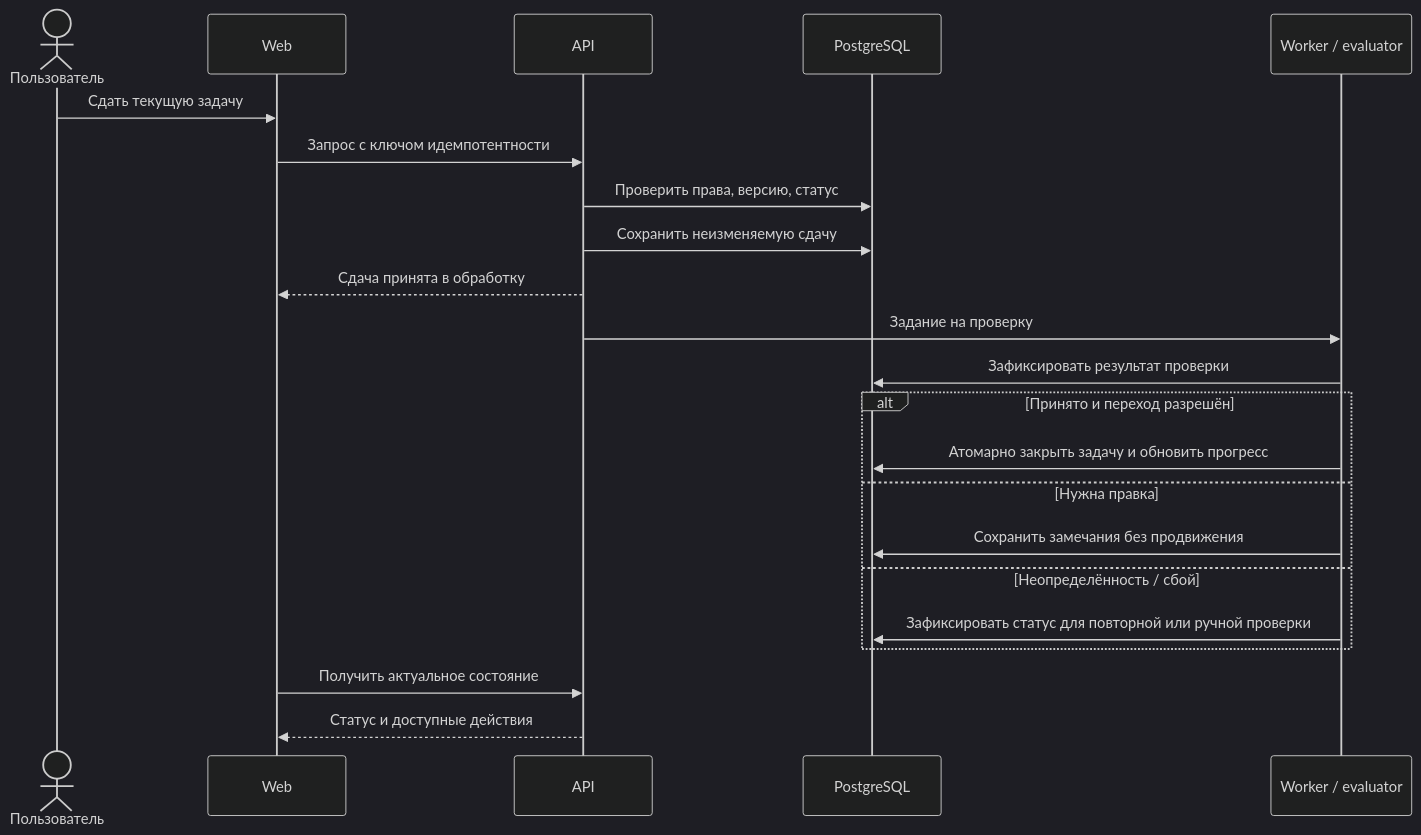
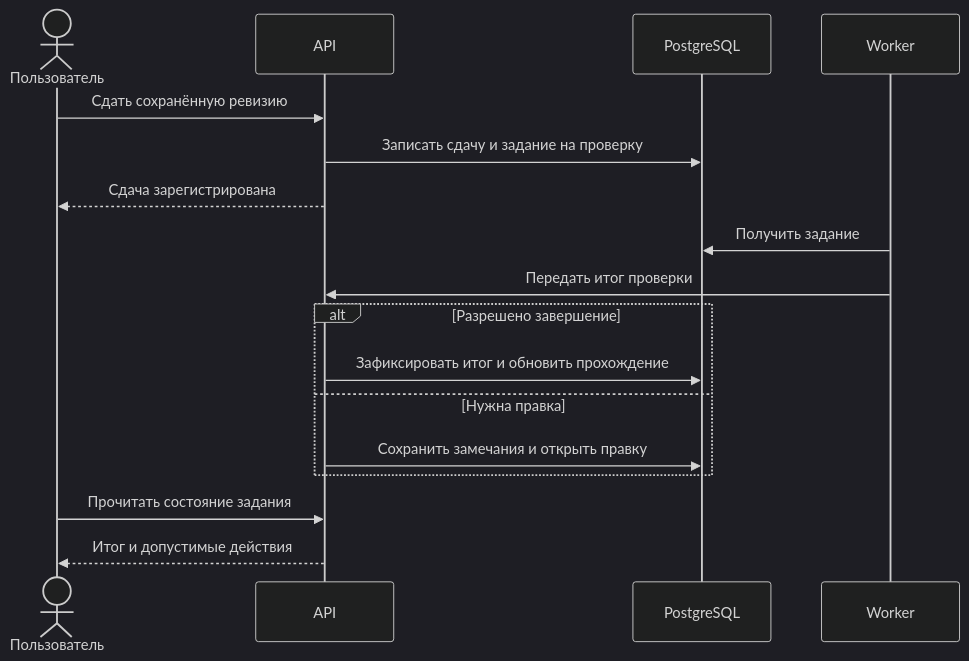
The second of 2 diagrams in docs/03-system-design.md (suungenius/PROBA-Portfolio), drawn with Mermaid (dark theme) before and after one commit. The commit also changed other lines of this file and 10 other files, not shown here.

````diff
--- a/docs/03-system-design.md
+++ b/docs/03-system-design.md
@@ -24,24 +33,19 @@
 ```mermaid
 sequenceDiagram
-    actor User as Пользователь
-    participant Web as Web
-    participant API as API
-    participant DB as PostgreSQL
-    participant Worker as Worker / evaluator
-    User->>Web: Сдать текущую задачу
-    Web->>API: Запрос с ключом идемпотентности
-    API->>DB: Проверить права, версию, статус
-    API->>DB: Сохранить неизменяемую сдачу
-    API-->>Web: Сдача принята в обработку
-    API->>Worker: Задание на проверку
-    Worker->>DB: Зафиксировать результат проверки
-    alt Принято и переход разрешён
-        Worker->>DB: Атомарно закрыть задачу и обновить прогресс
+    actor U as Пользователь
+    participant A as API
+    participant P as PostgreSQL
+    participant W as Worker
+    U->>A: Сдать сохранённую ревизию
+    A->>P: Записать сдачу и задание на проверку
+    A-->>U: Сдача зарегистрирована
+    W->>P: Получить задание
+    W->>A: Передать итог проверки
+    alt Разрешено завершение
+        A->>P: Зафиксировать итог и обновить прохождение
     else Нужна правка
-        Worker->>DB: Сохранить замечания без продвижения
-    else Неопределённость / сбой
-        Worker->>DB: Зафиксировать статус для повторной или ручной проверки
+        A->>P: Сохранить замечания и открыть правку
     end
-    Web->>API: Получить актуальное состояние
-    API-->>Web: Статус и доступные действия
+    U->>A: Прочитать состояние задания
+    A-->>U: Итог и допустимые действия
 ```
````
